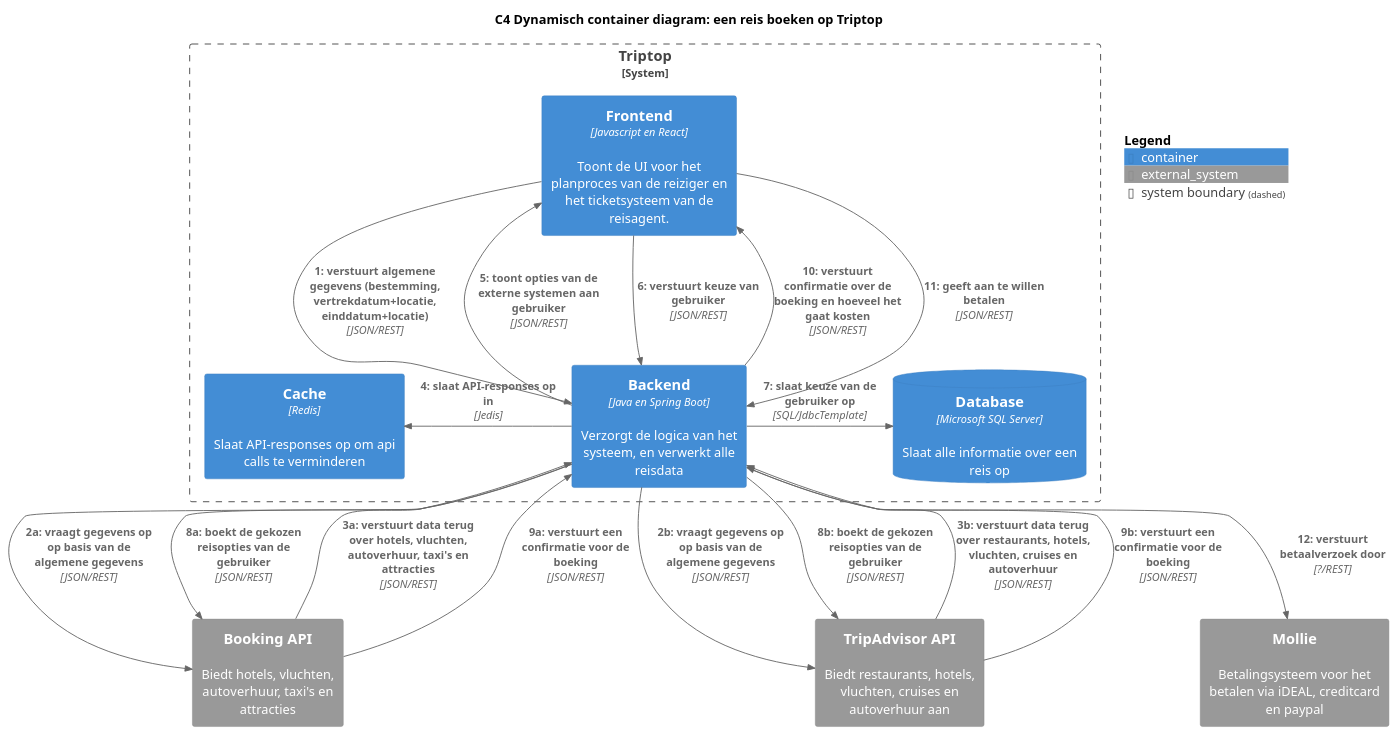
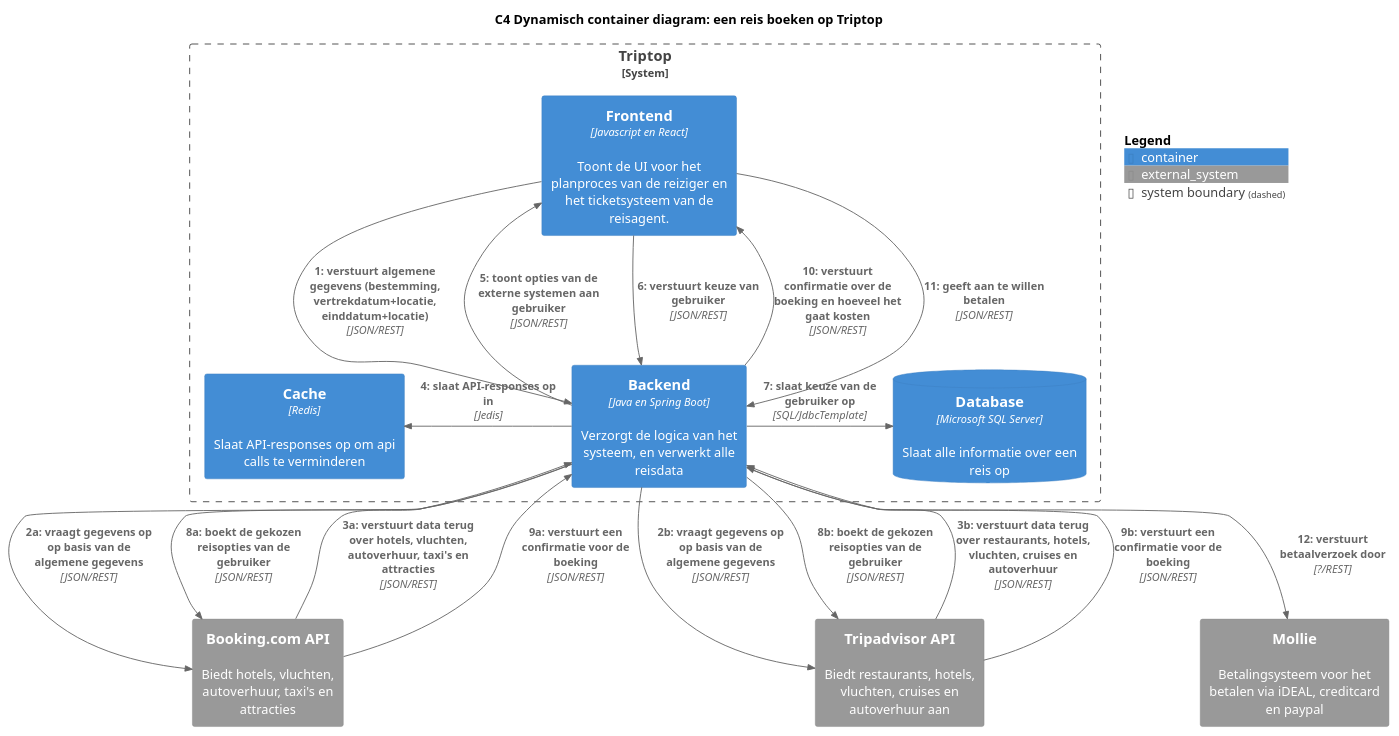
Before and after one commit to AIM-ENE-feb25/triptop-groep-4-jochem-roald-stijn-a: the diagram in software-guidebook/sgb-bestanden/dynamisch-container-diagram-reis-boeken.puml, drawn with PlantUML. The commit also changed 19 other files, not shown here.

First line of the commit message:
Alle diagrammen rechtgetrokken

```diff
--- a/software-guidebook/sgb-bestanden/dynamisch-container-diagram-reis-boeken.puml
+++ b/software-guidebook/sgb-bestanden/dynamisch-container-diagram-reis-boeken.puml
@@ -1,50 +1,50 @@
 @startuml
 title C4 Dynamisch container diagram: een reis boeken op Triptop
 !include <C4/C4_Container.puml>
 
 top to bottom direction
 
 SHOW_PERSON_OUTLINE()
 
 System_Boundary(system, "Triptop") {
     Container(frontend, "Frontend", "Javascript en React", "Toont de UI voor het planproces van de reiziger en het ticketsysteem van de reisagent.")
     Container(backend, "Backend", "Java en Spring Boot", "Verzorgt de logica van het systeem, en verwerkt alle reisdata")
     ContainerDb(db, "Database", "Microsoft SQL Server", "Slaat alle informatie over een reis op")
     Container(cache, "Cache", "Redis", "Slaat API-responses op om api calls te verminderen")
 }
 
-System_Ext(booking, "Booking API", "Biedt hotels, vluchten, autoverhuur, taxi's en attracties")
-System_Ext(tripadvisor, "TripAdvisor API", "Biedt restaurants, hotels, vluchten, cruises en autoverhuur aan")
+System_Ext(booking, "Booking.com API", "Biedt hotels, vluchten, autoverhuur, taxi's en attracties")
+System_Ext(tripadvisor, "Tripadvisor API", "Biedt restaurants, hotels, vluchten, cruises en autoverhuur aan")
 System_Ext(mollie, "Mollie", "Betalingsysteem voor het betalen via iDEAL, creditcard en paypal")
 
 ' BOOKING A TRIP
 Rel_D(frontend, backend, "1: verstuurt algemene gegevens (bestemming, vertrekdatum+locatie, einddatum+locatie)", "JSON/REST")
 
 Rel(backend, booking, "2a: vraagt gegevens op op basis van de algemene gegevens", "JSON/REST")
 Rel(backend, tripadvisor, "2b: vraagt gegevens op op basis van de algemene gegevens", "JSON/REST")
 
 Rel(booking, backend, "3a: verstuurt data terug over hotels, vluchten, autoverhuur, taxi's en attracties", "JSON/REST")
 Rel(tripadvisor, backend, "3b: verstuurt data terug over restaurants, hotels, vluchten, cruises en autoverhuur", "JSON/REST")
 
 Rel_L(backend, cache, "4: slaat API-responses op in", "Jedis")
 
 Rel_U(backend, frontend, "5: toont opties van de externe systemen aan gebruiker", "JSON/REST")
 
 Rel_D(frontend, backend, "6: verstuurt keuze van gebruiker", "JSON/REST")
 
 Rel_R(backend, db, "7: slaat keuze van de gebruiker op", "SQL/JdbcTemplate")
 
 Rel(backend, booking, "8a: boekt de gekozen reisopties van de gebruiker", "JSON/REST")
 Rel(backend, tripadvisor, "8b: boekt de gekozen reisopties van de gebruiker", "JSON/REST")
 
 Rel(booking, backend, "9a: verstuurt een confirmatie voor de boeking", "JSON/REST")
 Rel(tripadvisor, backend, "9b: verstuurt een confirmatie voor de boeking", "JSON/REST")
 
 Rel_U(backend, frontend, "10: verstuurt confirmatie over de boeking en hoeveel het gaat kosten", "JSON/REST")
 
 Rel_D(frontend, backend, "11: geeft aan te willen betalen", "JSON/REST")
 Rel(backend, mollie, "12: verstuurt betaalverzoek door", "?/REST")
 
 SHOW_FLOATING_LEGEND()
 
 @enduml
```
